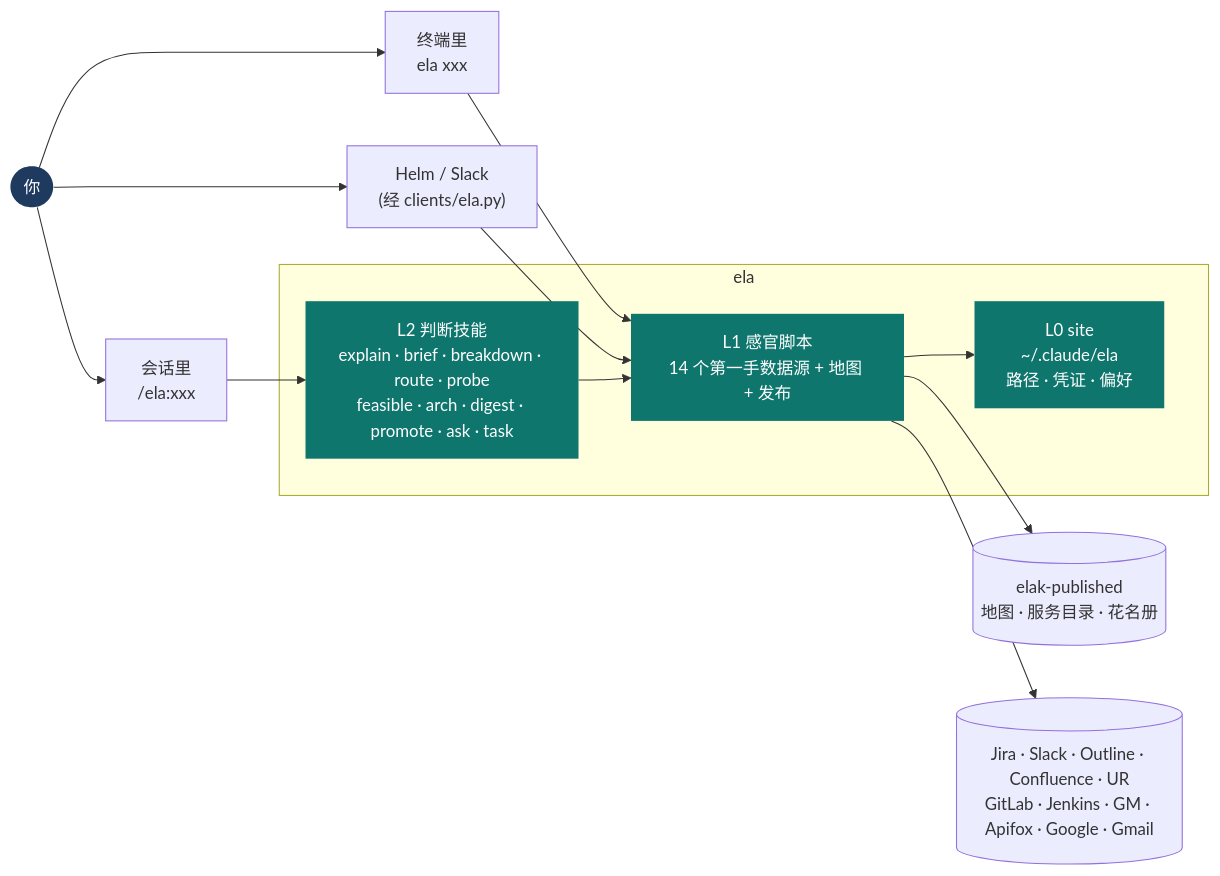
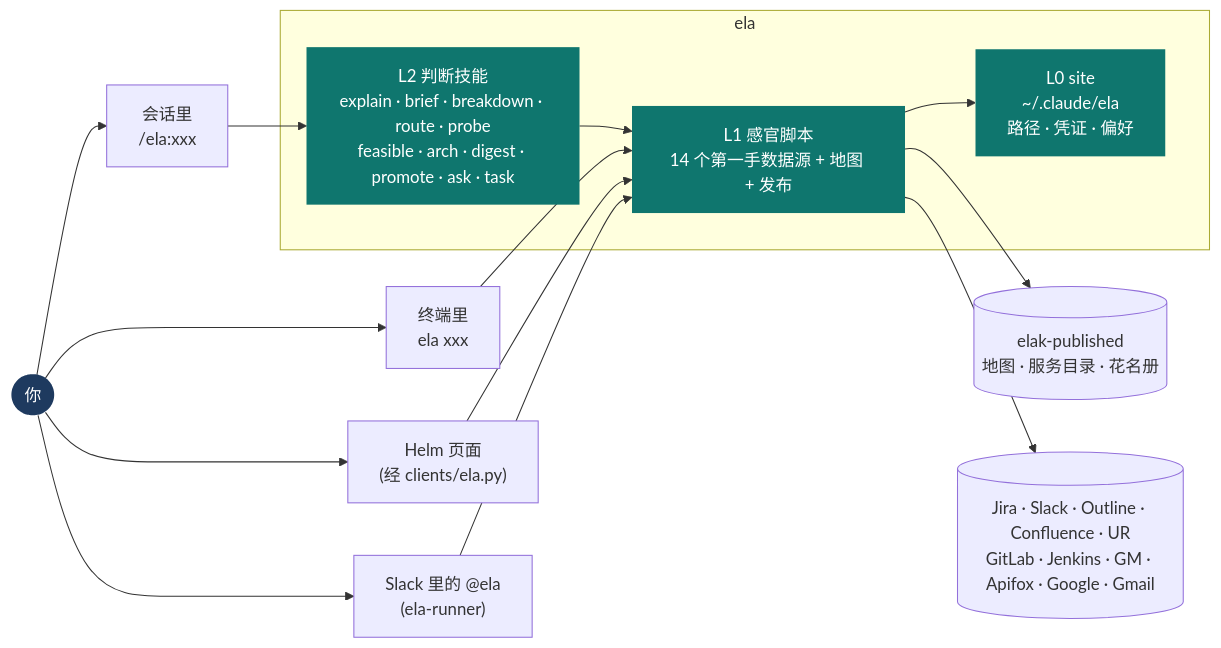
One commit to tvuevanli/tvu-ela changed the first of 4 diagrams in docs/manual.md. Above: the diagram before and after it, drawn with Mermaid. The commit also changed other lines of this file and 1 other file, not shown here.

Commit message:
context: Helm is the ops app, the Slack app is ela
The session context called Helm the Slack bot, so a session answering in
Slack named Helm as the poster of its own reply. Helm is the ops app; in
Slack the app is @ela, posted by ela-runner's Slack service, which folds
the detail into a collapsed Details box. The manual's entry line and its
diagram say the same.

````diff
--- a/docs/manual.md
+++ b/docs/manual.md
@@ -16,20 +15,22 @@
 ```mermaid
 flowchart LR
   You(["你"]) --> S["会话里<br>/ela:xxx"]
   You --> C["终端里<br>ela xxx"]
-  You --> H["Helm / Slack<br>(经 clients/ela.py)"]
+  You --> H["Helm 页面<br>(经 clients/ela.py)"]
+  You --> SL["Slack 里的 @ela<br>(ela-runner)"]
   S --> L2
   C --> L1
   H --> L1
+  SL --> L1
   subgraph ela
     L2["L2 判断技能<br>explain · brief · breakdown · route · probe<br>feasible · arch · digest · promote · ask · task"] --> L1
     L1["L1 感官脚本<br>14 个第一手数据源 + 地图 + 发布"]
     L1 --> L0["L0 site<br>~/.claude/ela<br>路径 · 凭证 · 偏好"]
   end
   L1 --> PUB[("elak-published<br>地图 · 服务目录 · 花名册")]
   L1 --> W[("Jira · Slack · Outline · Confluence · UR<br>GitLab · Jenkins · GM · Apifox · Google · Gmail")]
   classDef me fill:#1e3a5f,color:#fff,stroke:none
   classDef core fill:#0f766e,color:#fff,stroke:none
   class You me
   class L1,L2,L0 core
 ```
````
